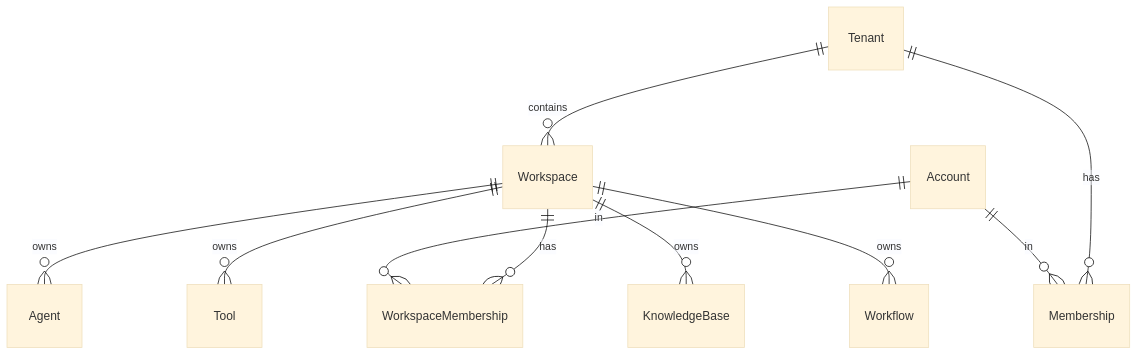
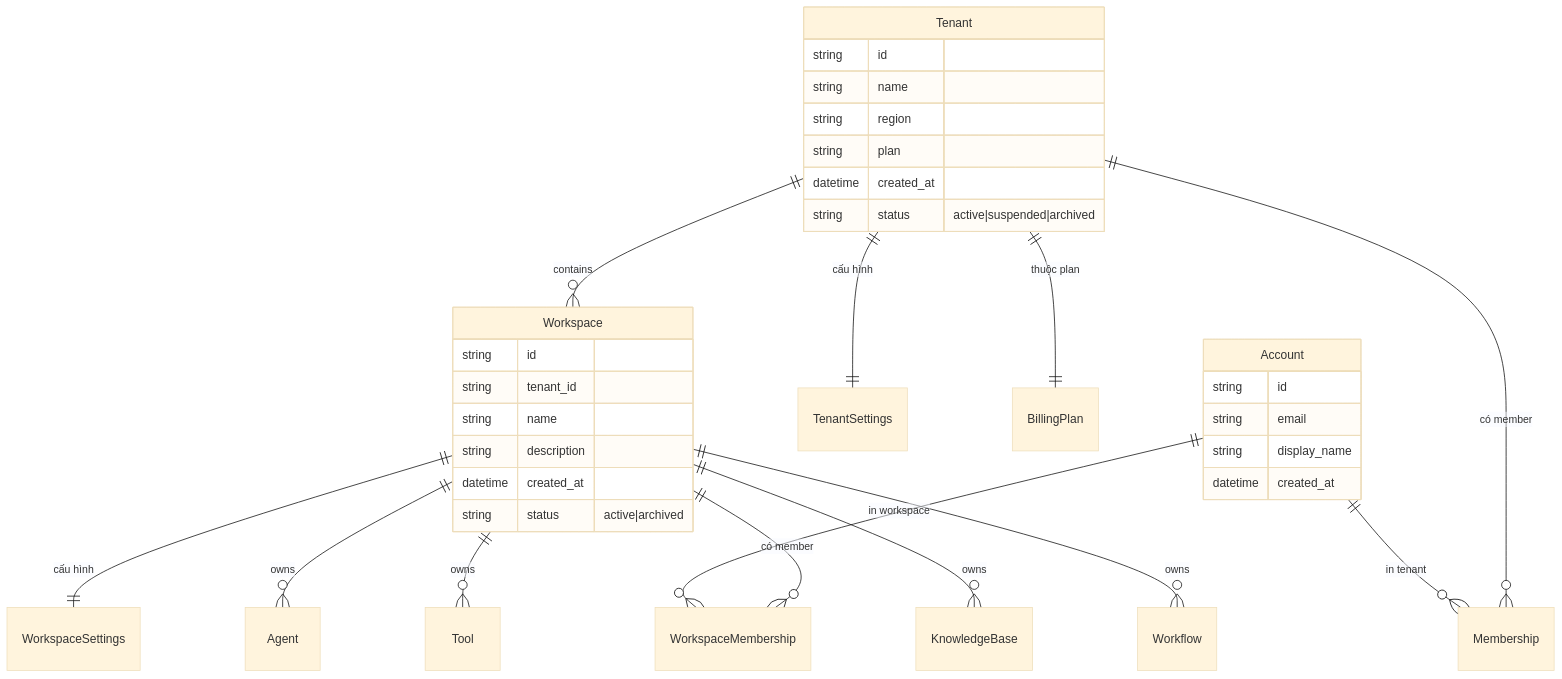
One commit to cmc-phongnd/agent-platform-docs changed the first of 3 diagrams in docs/02-domain/01-tenant-workspace.md. Above: the diagram before and after it, drawn with Mermaid (base theme). The commit also changed other lines of this file and 14 other files, not shown here.

````diff
--- a/docs/02-domain/01-tenant-workspace.md
+++ b/docs/02-domain/01-tenant-workspace.md
@@ -13,12 +60,38 @@
 ```mermaid
 erDiagram
     Tenant ||--o{ Workspace : contains
-    Tenant ||--o{ Membership : has
-    Workspace ||--o{ WorkspaceMembership : has
-    Account ||--o{ Membership : in
-    Account ||--o{ WorkspaceMembership : in
+    Tenant ||--o{ Membership : "có member"
+    Tenant ||--|| TenantSettings : "cấu hình"
+    Tenant ||--|| BillingPlan : "thuộc plan"
+    Workspace ||--o{ WorkspaceMembership : "có member"
+    Workspace ||--|| WorkspaceSettings : "cấu hình"
     Workspace ||--o{ Agent : owns
     Workspace ||--o{ Tool : owns
     Workspace ||--o{ KnowledgeBase : owns
     Workspace ||--o{ Workflow : owns
+    Account ||--o{ Membership : "in tenant"
+    Account ||--o{ WorkspaceMembership : "in workspace"
+
+    Tenant {
+        string id
+        string name
+        string region
+        string plan
+        datetime created_at
+        string status "active|suspended|archived"
+    }
+    Workspace {
+        string id
+        string tenant_id
+        string name
+        string description
+        datetime created_at
+        string status "active|archived"
+    }
+    Account {
+        string id
+        string email
+        string display_name
+        datetime created_at
+    }
 ```
````
